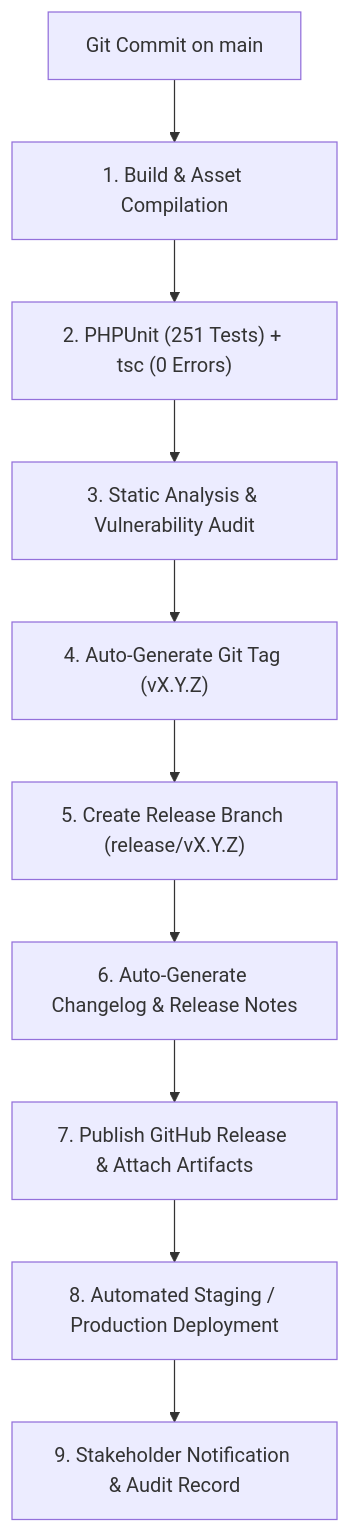
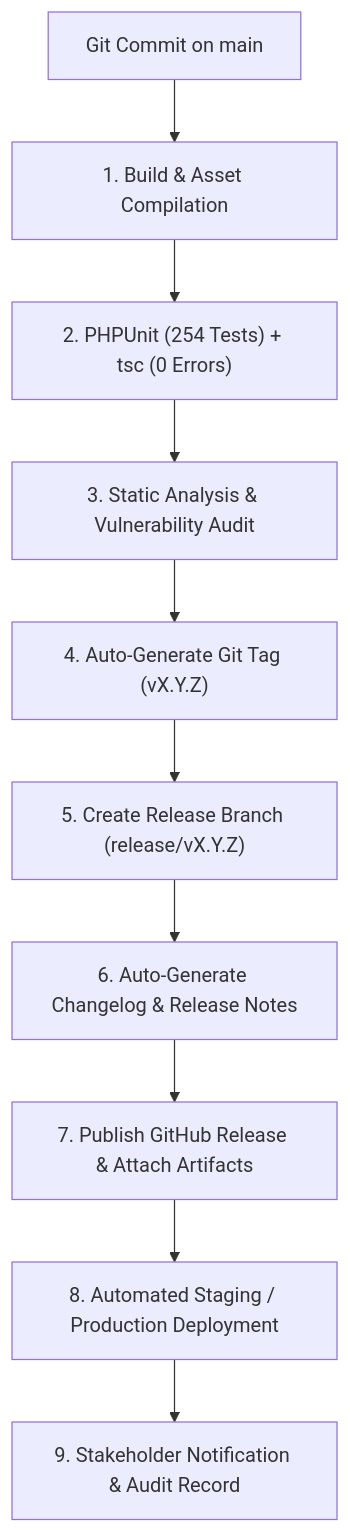
The diagram in docs/ARCHITECTURE_AND_ROADMAP.md (developer-somnath/sociosphere), drawn with Mermaid before and after one commit. The commit also changed other lines of this file and 4 other files, not shown here.

````diff
--- a/docs/ARCHITECTURE_AND_ROADMAP.md
+++ b/docs/ARCHITECTURE_AND_ROADMAP.md
@@ -34,12 +34,12 @@
 ```mermaid
 flowchart TD
     Commit["Git Commit on main"] --> CI_Build["1. Build & Asset Compilation"]
-    CI_Build --> CI_Test["2. PHPUnit (251 Tests) + tsc (0 Errors)"]
+    CI_Build --> CI_Test["2. PHPUnit (254 Tests) + tsc (0 Errors)"]
     CI_Test --> CI_Security["3. Static Analysis & Vulnerability Audit"]
     CI_Security --> CI_Tag["4. Auto-Generate Git Tag (vX.Y.Z)"]
     CI_Tag --> CI_Branch["5. Create Release Branch (release/vX.Y.Z)"]
     CI_Branch --> CI_Changelog["6. Auto-Generate Changelog & Release Notes"]
     CI_Changelog --> CI_GitHub["7. Publish GitHub Release & Attach Artifacts"]
     CI_GitHub --> CI_Deploy["8. Automated Staging / Production Deployment"]
     CI_Deploy --> CI_Notify["9. Stakeholder Notification & Audit Record"]
 ```
````
